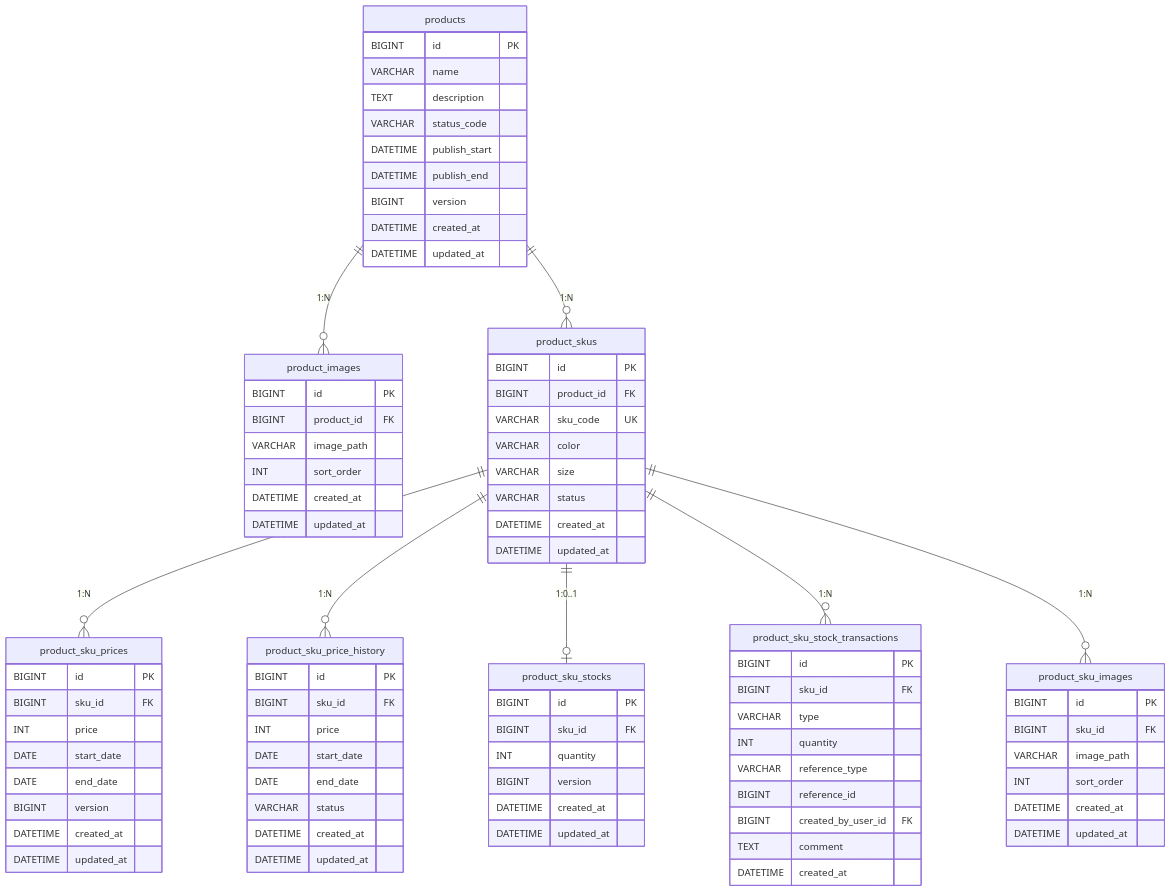
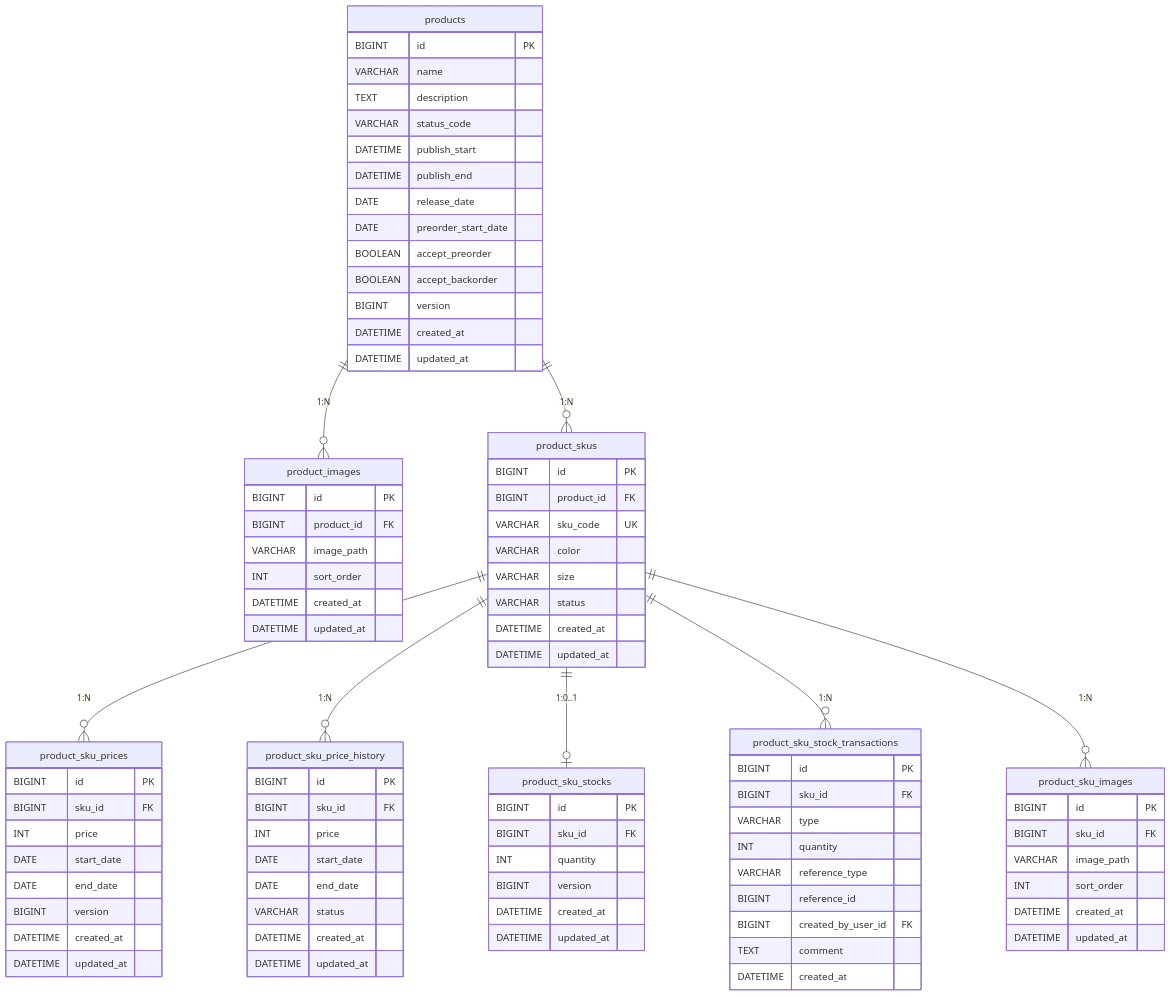
One commit to Tetsu0222/amazia changed the second of 5 diagrams in docs/database_design/ER_diagram.md. Above: the diagram before and after it, drawn with Mermaid. The commit also changed 2 other files, not shown here.

Commit message:
14.5-Step C-1-ドキュメント更新

```diff
--- a/docs/database_design/ER_diagram.md
+++ b/docs/database_design/ER_diagram.md
@@ -93,6 +93,10 @@
         VARCHAR status_code
         DATETIME publish_start
         DATETIME publish_end
+        DATE release_date
+        DATE preorder_start_date
+        BOOLEAN accept_preorder
+        BOOLEAN accept_backorder
         BIGINT version
         DATETIME created_at
         DATETIME updated_at
```
